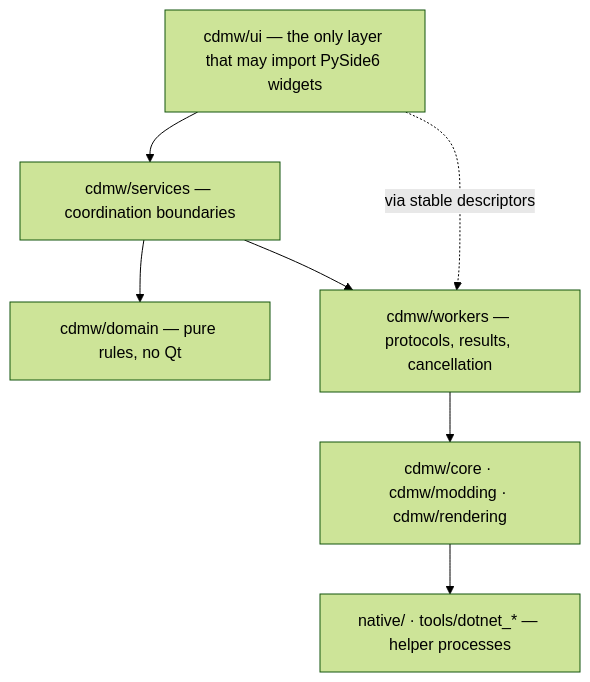
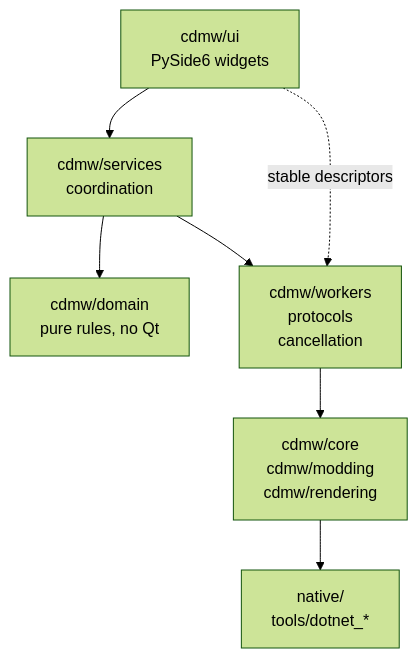
One commit to Ratty123/CDMW-Full changed the second of 4 diagrams in README.md. Above: the diagram before and after it, drawn with Mermaid (forest theme). The commit also changed other lines of this file and 1 other file, not shown here.

First line of the commit message:
Make the README diagrams readable, and drop the em dashes

````diff
--- a/README.md
+++ b/README.md
@@ -232,13 +232,13 @@
 ```mermaid
 flowchart TD
-    UI["cdmw/ui — the only layer that may import PySide6 widgets"]
-    SERVICES["cdmw/services — coordination boundaries"]
-    DOMAIN["cdmw/domain — pure rules, no Qt"]
-    WORKERS["cdmw/workers — protocols, results, cancellation"]
-    CORE["cdmw/core · cdmw/modding · cdmw/rendering"]
-    NATIVE["native/ · tools/dotnet_* — helper processes"]
+    UI["cdmw/ui<br/>PySide6 widgets"]
+    SERVICES["cdmw/services<br/>coordination"]
+    DOMAIN["cdmw/domain<br/>pure rules, no Qt"]
+    WORKERS["cdmw/workers<br/>protocols<br/>cancellation"]
+    CORE["cdmw/core<br/>cdmw/modding<br/>cdmw/rendering"]
+    NATIVE["native/<br/>tools/dotnet_*"]
 
     UI --> SERVICES --> DOMAIN
     SERVICES --> WORKERS --> CORE --> NATIVE
-    UI -.->|via stable descriptors| WORKERS
+    UI -.->|stable descriptors| WORKERS
 ```
````
